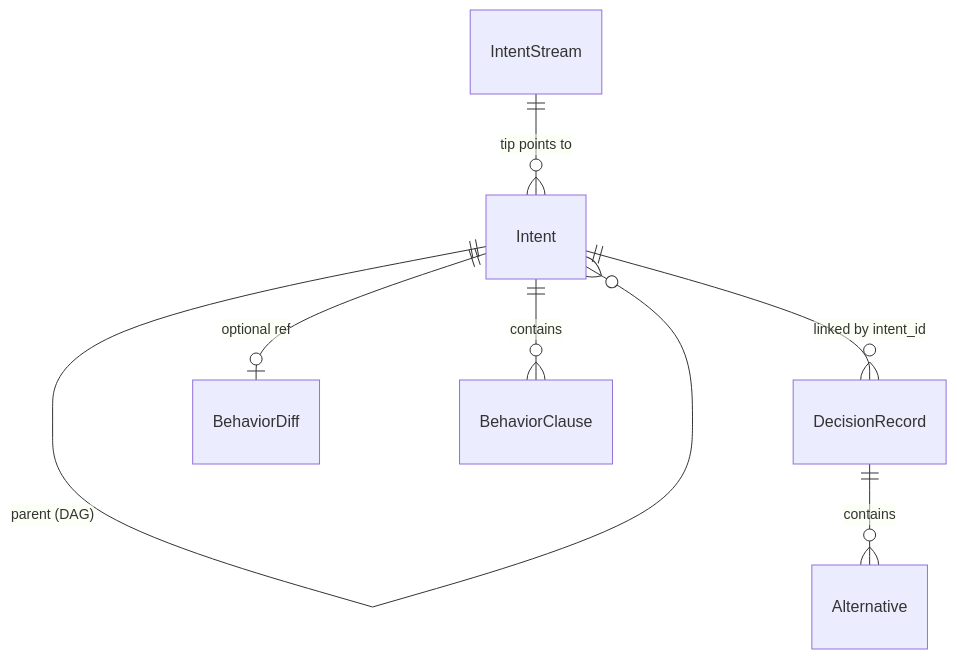
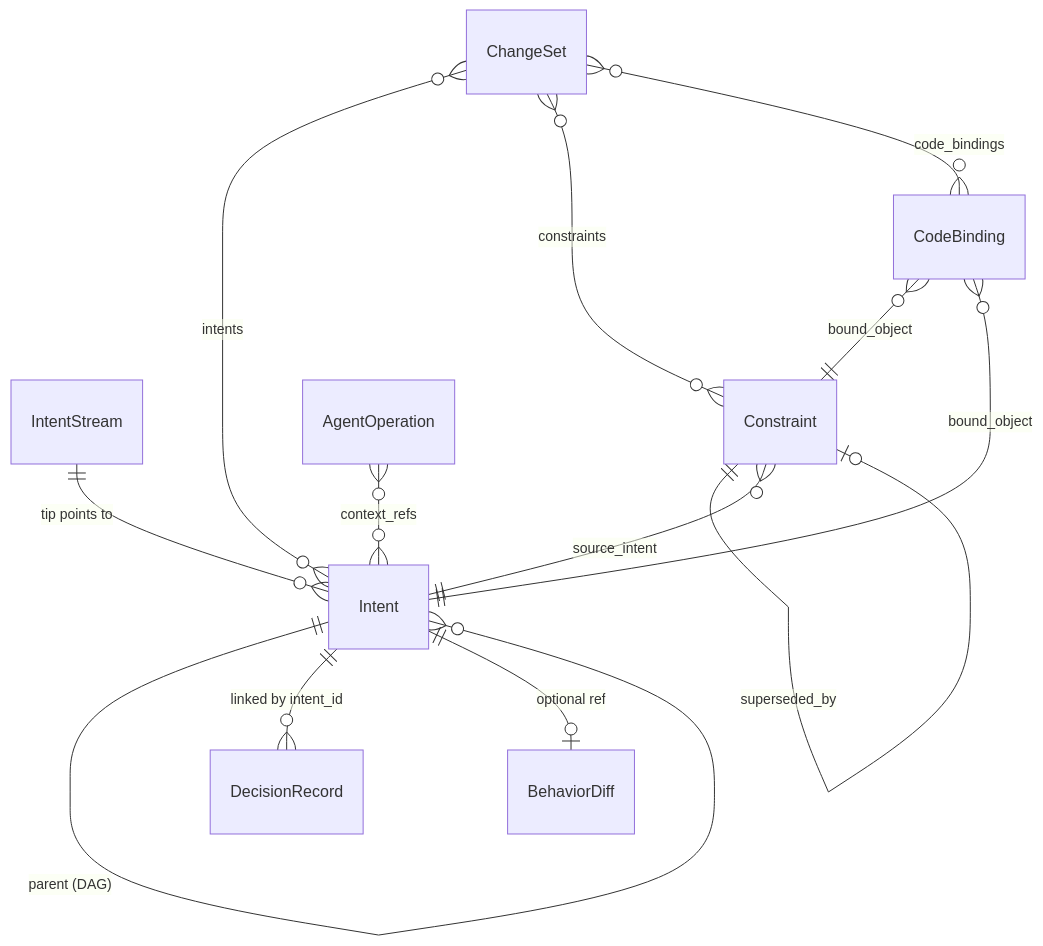
The diagram in README.md (noahatfin/telos), drawn with Mermaid before and after one commit. The commit also changed other lines of this file, not shown here.

First line of the commit message:
Update README for v2: constraint lifecycle, code bindings, agent ops, indexes

````diff
--- a/README.md
+++ b/README.md
@@ -102,9 +101,15 @@
 ```mermaid
 erDiagram
     IntentStream ||--o{ Intent : "tip points to"
     Intent ||--o{ Intent : "parent (DAG)"
     Intent ||--o{ DecisionRecord : "linked by intent_id"
     Intent ||--o| BehaviorDiff : "optional ref"
-    DecisionRecord ||--o{ Alternative : contains
-    Intent ||--o{ BehaviorClause : contains
+    Constraint ||--o| Constraint : "superseded_by"
+    Constraint }o--|| Intent : "source_intent"
+    CodeBinding }o--|| Constraint : "bound_object"
+    CodeBinding }o--|| Intent : "bound_object"
+    AgentOperation }o--o{ Intent : "context_refs"
+    ChangeSet }o--o{ Intent : "intents"
+    ChangeSet }o--o{ Constraint : "constraints"
+    ChangeSet }o--o{ CodeBinding : "code_bindings"
 ```
````
